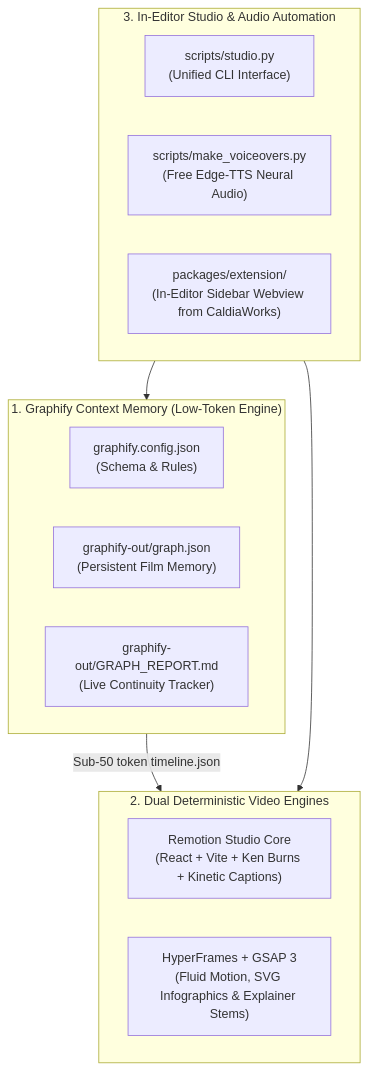
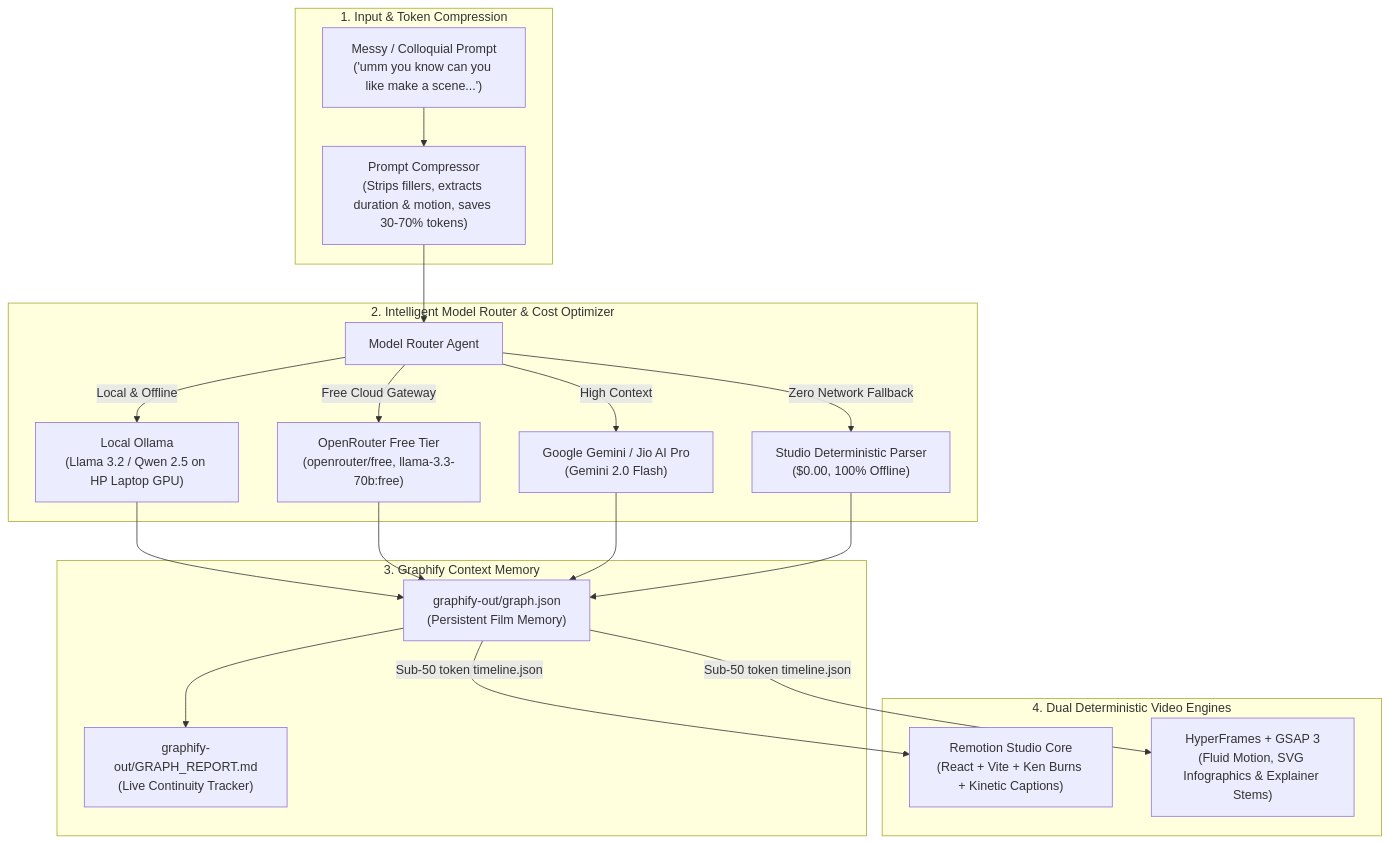
One commit to Bakulesh1Codes108/Complete-Local-Video-Studio-Engine- changed the diagram in README.md. Above: the diagram before and after it, drawn with Mermaid. The commit also changed other lines of this file, not shown here.

Commit message:
docs: complete user instructions for smart model router, prompt compressor, and local Llama fallback

````diff
--- a/README.md
+++ b/README.md
@@ -27,23 +26,34 @@
 ```mermaid
 flowchart TD
-    subgraph MemoryLayer ["1. Graphify Context Memory (Low-Token Engine)"]
-        G1["graphify.config.json<br>(Schema & Rules)"]
-        G2["graphify-out/graph.json<br>(Persistent Film Memory)"]
-        G3["graphify-out/GRAPH_REPORT.md<br>(Live Continuity Tracker)"]
+    subgraph InputLayer ["1. Input & Token Compression"]
+        Raw["Messy / Colloquial Prompt<br>('umm you know can you like make a scene...')"]
+        Comp["Prompt Compressor<br>(Strips fillers, extracts duration & motion, saves 30-70% tokens)"]
+        Raw --> Comp
     end
 
-    subgraph VideoEngines ["2. Dual Deterministic Video Engines"]
+    subgraph RoutingLayer ["2. Intelligent Model Router & Cost Optimizer"]
+        Router["Model Router Agent"]
+        Comp --> Router
+        Router -->|Local & Offline| Ollama["Local Ollama<br>(Llama 3.2 / Qwen 2.5 on HP Laptop GPU)"]
+        Router -->|Free Cloud Gateway| OR["OpenRouter Free Tier<br>(openrouter/free, llama-3.3-70b:free)"]
+        Router -->|High Context| Gem["Google Gemini / Jio AI Pro<br>(Gemini 2.0 Flash)"]
+        Router -->|Zero Network Fallback| Rule["Studio Deterministic Parser<br>($0.00, 100% Offline)"]
+    end
+
+    subgraph MemoryLayer ["3. Graphify Context Memory"]
+        G1["graphify-out/graph.json<br>(Persistent Film Memory)"]
+        G2["graphify-out/GRAPH_REPORT.md<br>(Live Continuity Tracker)"]
+        Ollama --> G1
+        OR --> G1
+        Gem --> G1
+        Rule --> G1
+        G1 --> G2
+    end
+
+    subgraph VideoEngines ["4. Dual Deterministic Video Engines"]
         R1["Remotion Studio Core<br>(React + Vite + Ken Burns + Kinetic Captions)"]
         H1["HyperFrames + GSAP 3<br>(Fluid Motion, SVG Infographics & Explainer Stems)"]
+        G1 -->|Sub-50 token timeline.json| R1
+        G1 -->|Sub-50 token timeline.json| H1
     end
-
-    subgraph AutomationLayer ["3. In-Editor Studio & Audio Automation"]
-        S1["scripts/studio.py<br>(Unified CLI Interface)"]
-        S2["scripts/make_voiceovers.py<br>(Free Edge-TTS Neural Audio)"]
-        P1["packages/extension/<br>(In-Editor Sidebar Webview from CaldiaWorks)"]
-    end
-
-    MemoryLayer -->|Sub-50 token timeline.json| VideoEngines
-    AutomationLayer --> MemoryLayer
-    AutomationLayer --> VideoEngines
 ```
````
